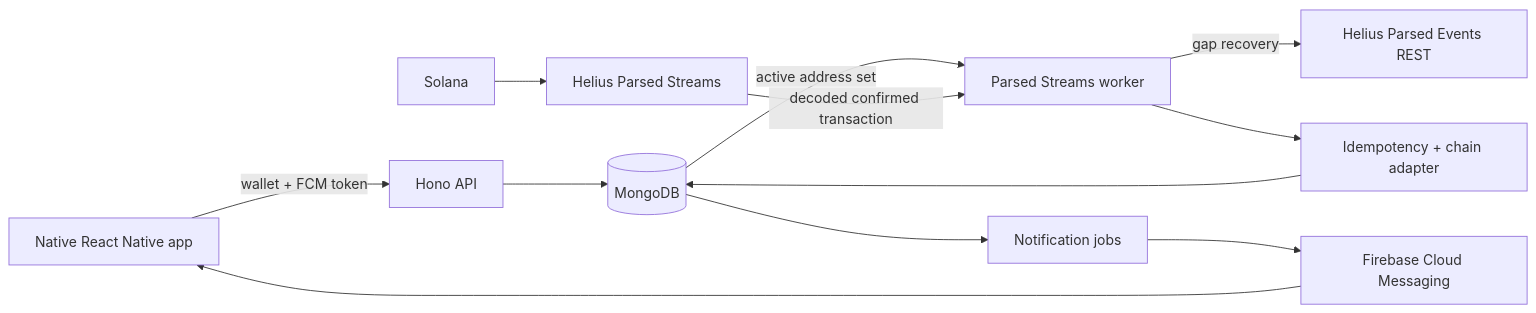
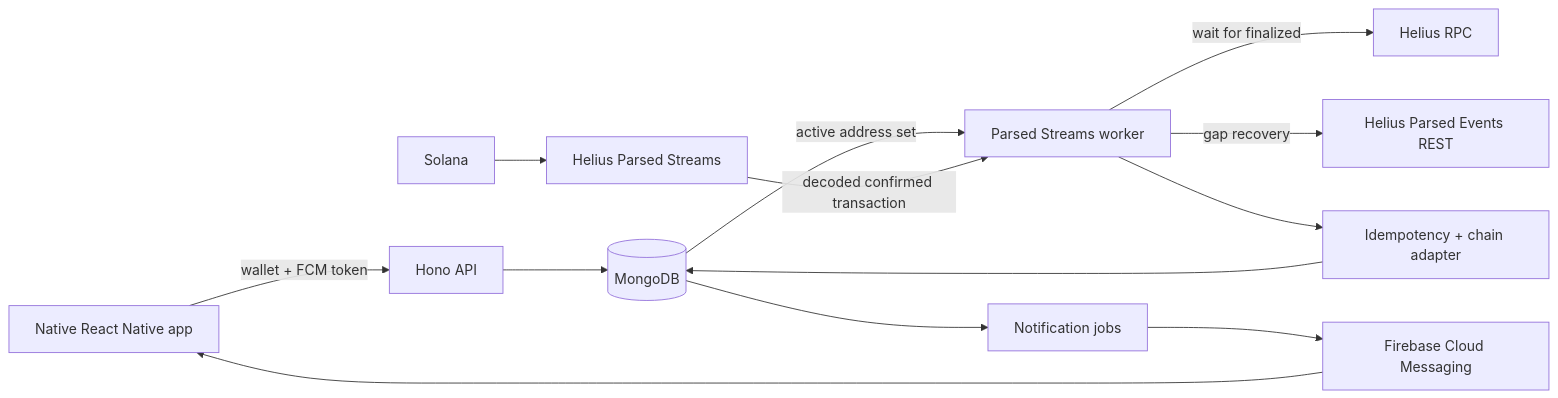
One commit to heymike777/whoaped changed the diagram in docs/architecture.md. Above: the diagram before and after it, drawn with Mermaid. The commit also changed other lines of this file and 6 other files, not shown here.

````diff
--- a/docs/architecture.md
+++ b/docs/architecture.md
@@ -11,14 +11,15 @@
 ```mermaid
 flowchart LR
   M["Native React Native app"] -->|"wallet + FCM token"| A["Hono API"]
   A --> P[("MongoDB")]
   P -->|"active address set"| W["Parsed Streams worker"]
   S["Solana"] --> H["Helius Parsed Streams"]
   H -->|"decoded confirmed transaction"| W
-  W -->|"gap recovery"| R["Helius Parsed Events REST"]
+  W -->|"wait for finalized"| R["Helius RPC"]
+  W -->|"gap recovery"| B["Helius Parsed Events REST"]
   W --> D["Idempotency + chain adapter"]
   D --> P
   P --> J["Notification jobs"]
   J --> E["Firebase Cloud Messaging"]
   E --> M
 ```
````
